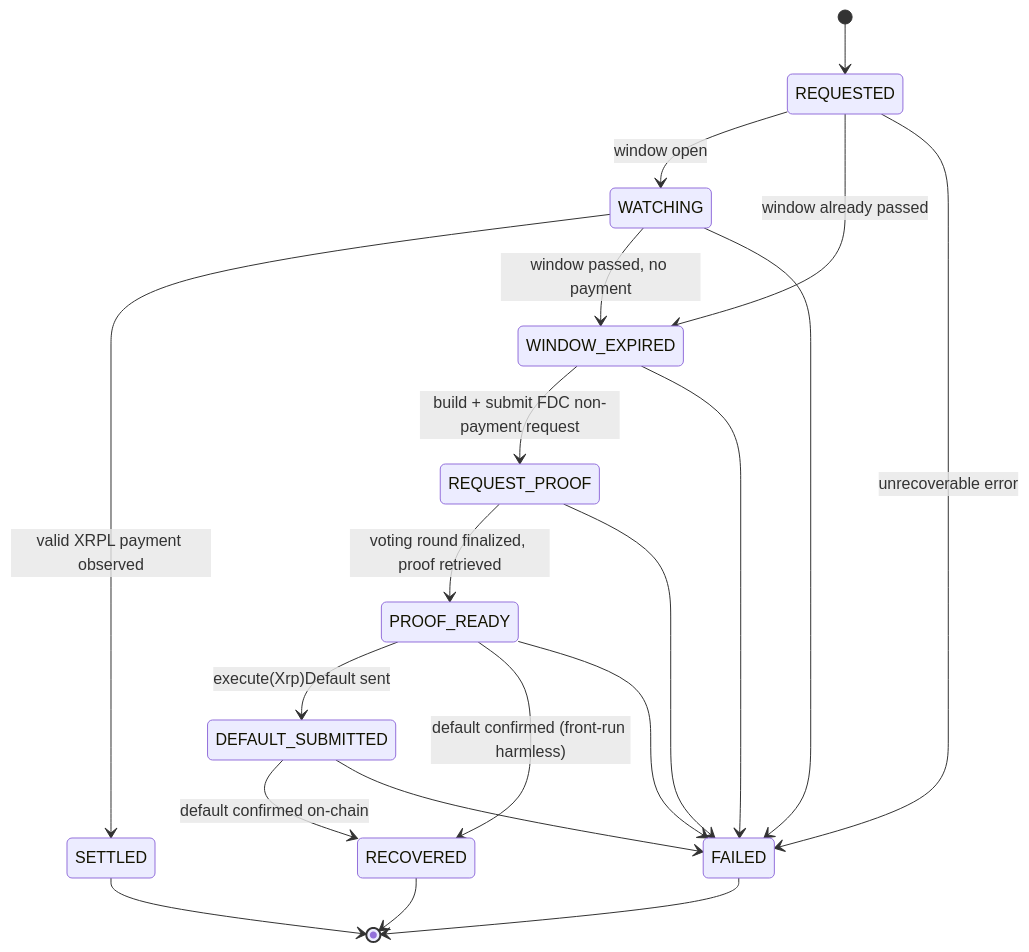
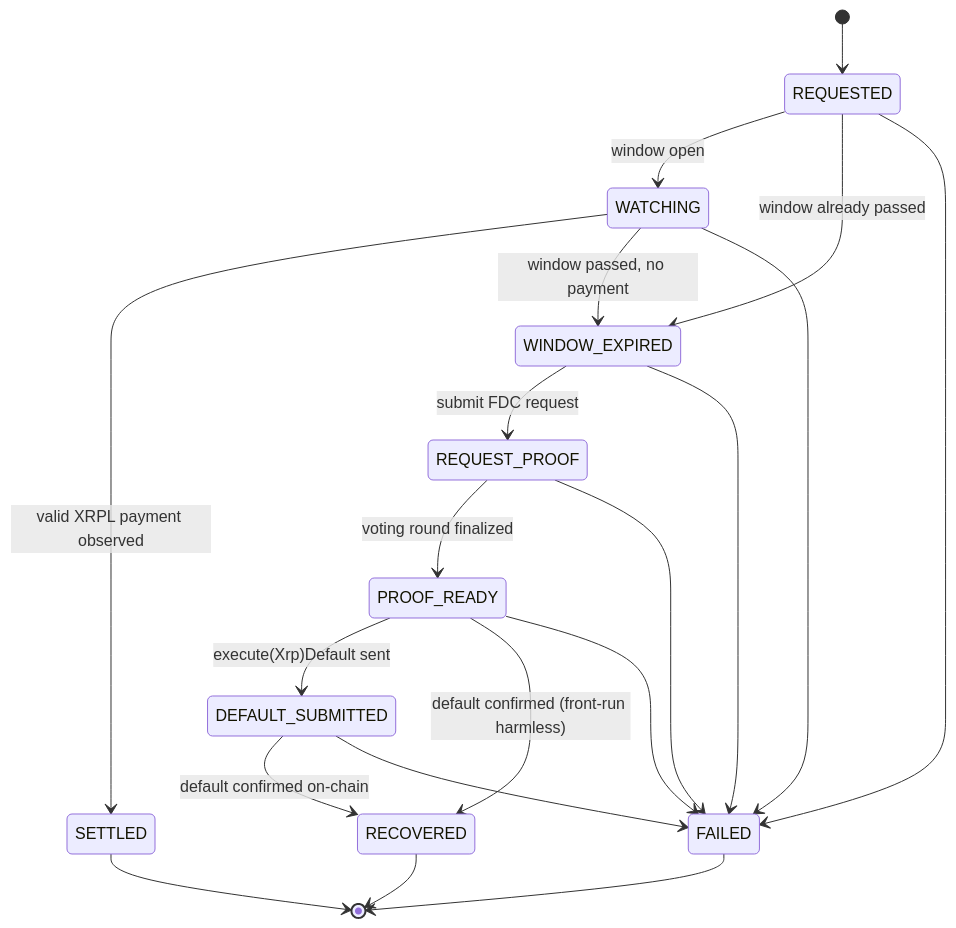
One commit to loficoded/Harbor changed the third of 3 diagrams in README.md. Above: the diagram before and after it, drawn with Mermaid. The commit also changed other lines of this file, not shown here.

````diff
--- a/README.md
+++ b/README.md
@@ -548,22 +128,23 @@
 ```mermaid
 stateDiagram-v2
     [*] --> REQUESTED
     REQUESTED --> WATCHING: window open
     WATCHING --> SETTLED: valid XRPL payment observed
     REQUESTED --> WINDOW_EXPIRED: window already passed
     WATCHING --> WINDOW_EXPIRED: window passed, no payment
-    WINDOW_EXPIRED --> REQUEST_PROOF: build + submit FDC non-payment request
-    REQUEST_PROOF --> PROOF_READY: voting round finalized, proof retrieved
+    WINDOW_EXPIRED --> REQUEST_PROOF: submit FDC request
+    REQUEST_PROOF --> PROOF_READY: voting round finalized
     PROOF_READY --> DEFAULT_SUBMITTED: execute(Xrp)Default sent
     DEFAULT_SUBMITTED --> RECOVERED: default confirmed on-chain
     PROOF_READY --> RECOVERED: default confirmed (front-run harmless)
     SETTLED --> [*]
     RECOVERED --> [*]
-    REQUESTED --> FAILED: unrecoverable error
+
+    REQUESTED --> FAILED
     WATCHING --> FAILED
     WINDOW_EXPIRED --> FAILED
     REQUEST_PROOF --> FAILED
     PROOF_READY --> FAILED
     DEFAULT_SUBMITTED --> FAILED
     FAILED --> [*]
 ```
````
